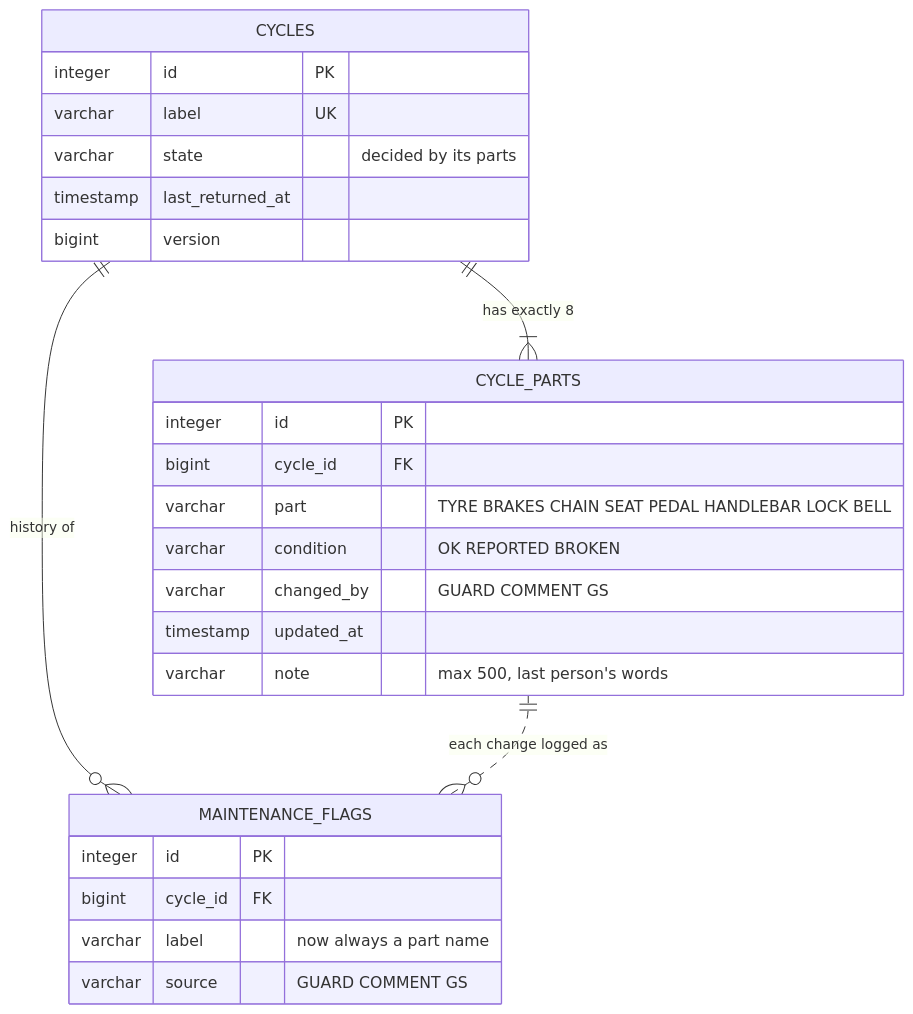
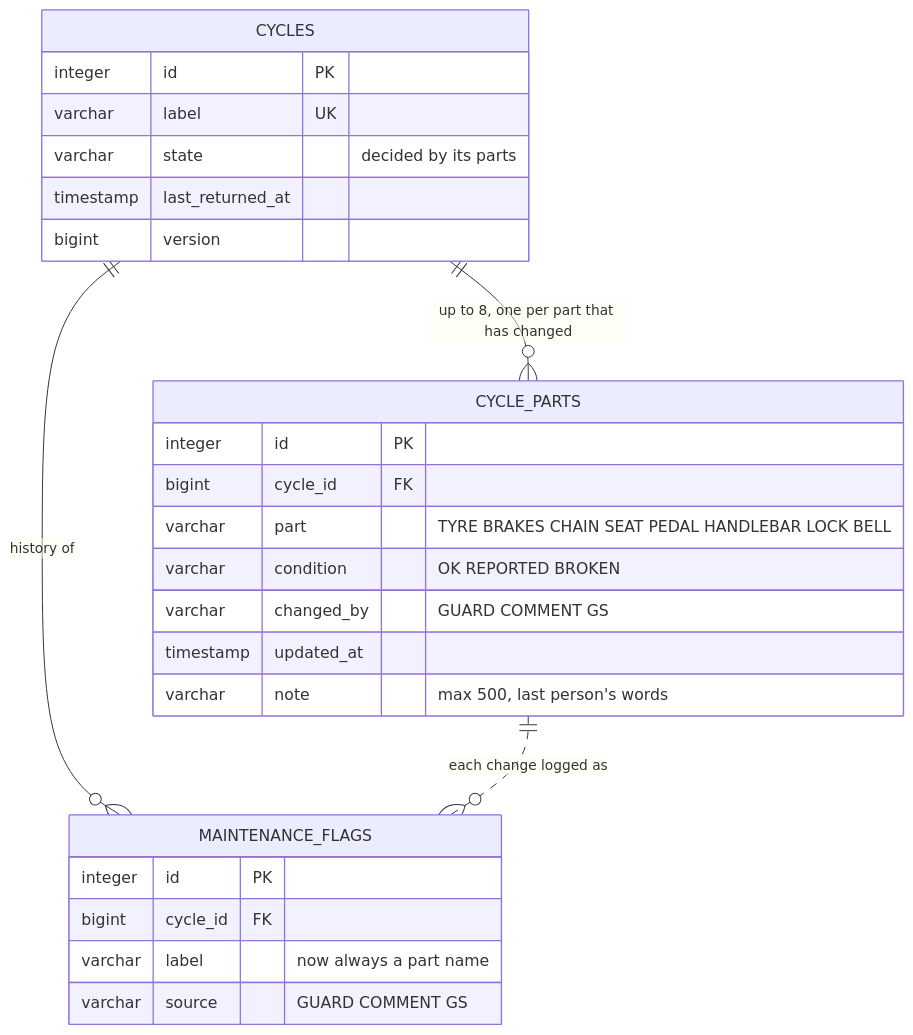
One commit to Xerxes05k/CS5013-Project changed the third of 3 diagrams in docs/SCHEMA.md. Above: the diagram before and after it, drawn with Mermaid. The commit also changed other lines of this file and 2 other files, not shown here.

First line of the commit message:
Document cycle parts as built

````diff
--- a/docs/SCHEMA.md
+++ b/docs/SCHEMA.md
@@ -292,29 +292,29 @@
 ```mermaid
 erDiagram
-    CYCLES ||--|{ CYCLE_PARTS : "has exactly 8"
+    CYCLES ||--o{ CYCLE_PARTS : "up to 8, one per part that has changed"
     CYCLES ||--o{ MAINTENANCE_FLAGS : "history of"
     CYCLE_PARTS ||..o{ MAINTENANCE_FLAGS : "each change logged as"
 
     CYCLES {
         integer id PK
         varchar label UK
         varchar state "decided by its parts"
         timestamp last_returned_at
         bigint version
     }
     CYCLE_PARTS {
         integer id PK
         bigint cycle_id FK
         varchar part "TYRE BRAKES CHAIN SEAT PEDAL HANDLEBAR LOCK BELL"
         varchar condition "OK REPORTED BROKEN"
         varchar changed_by "GUARD COMMENT GS"
         timestamp updated_at
         varchar note "max 500, last person's words"
     }
     MAINTENANCE_FLAGS {
         integer id PK
         bigint cycle_id FK
         varchar label "now always a part name"
         varchar source "GUARD COMMENT GS"
     }
 ```
````
